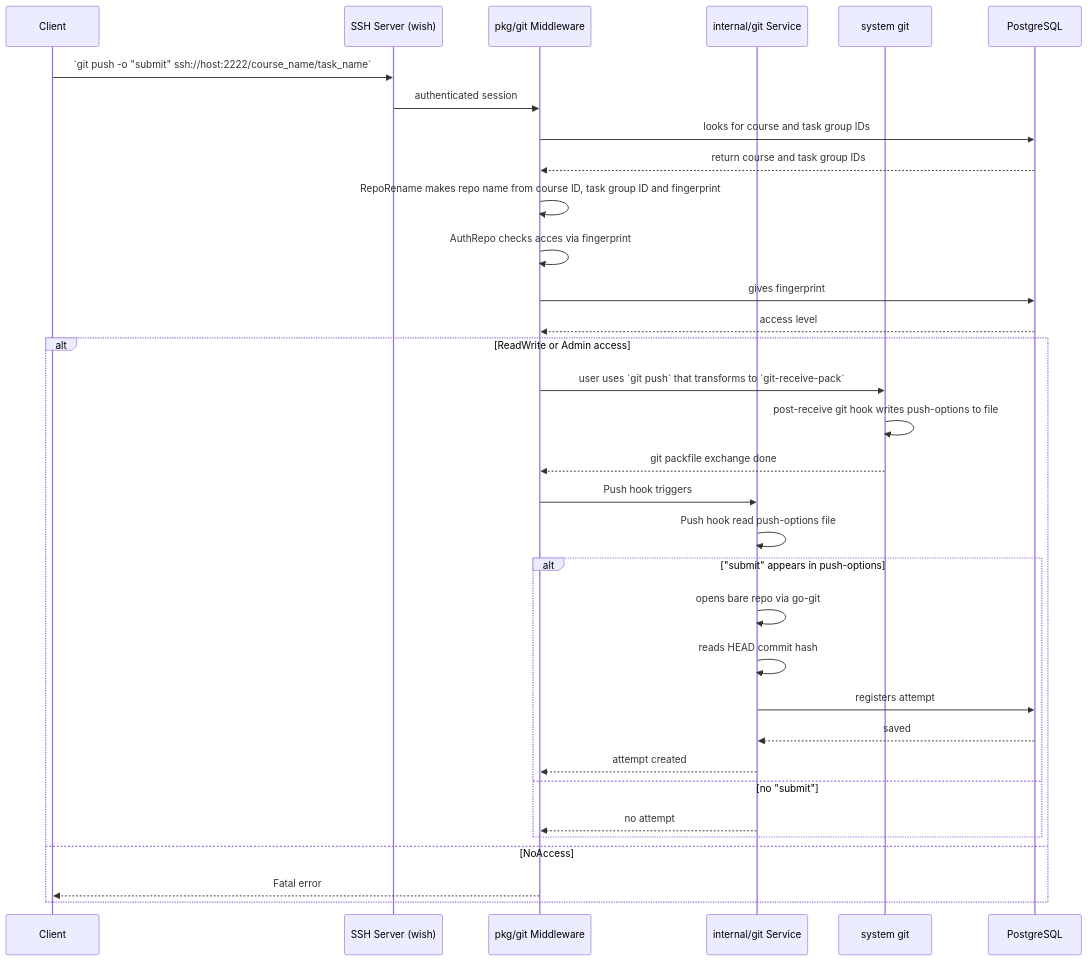
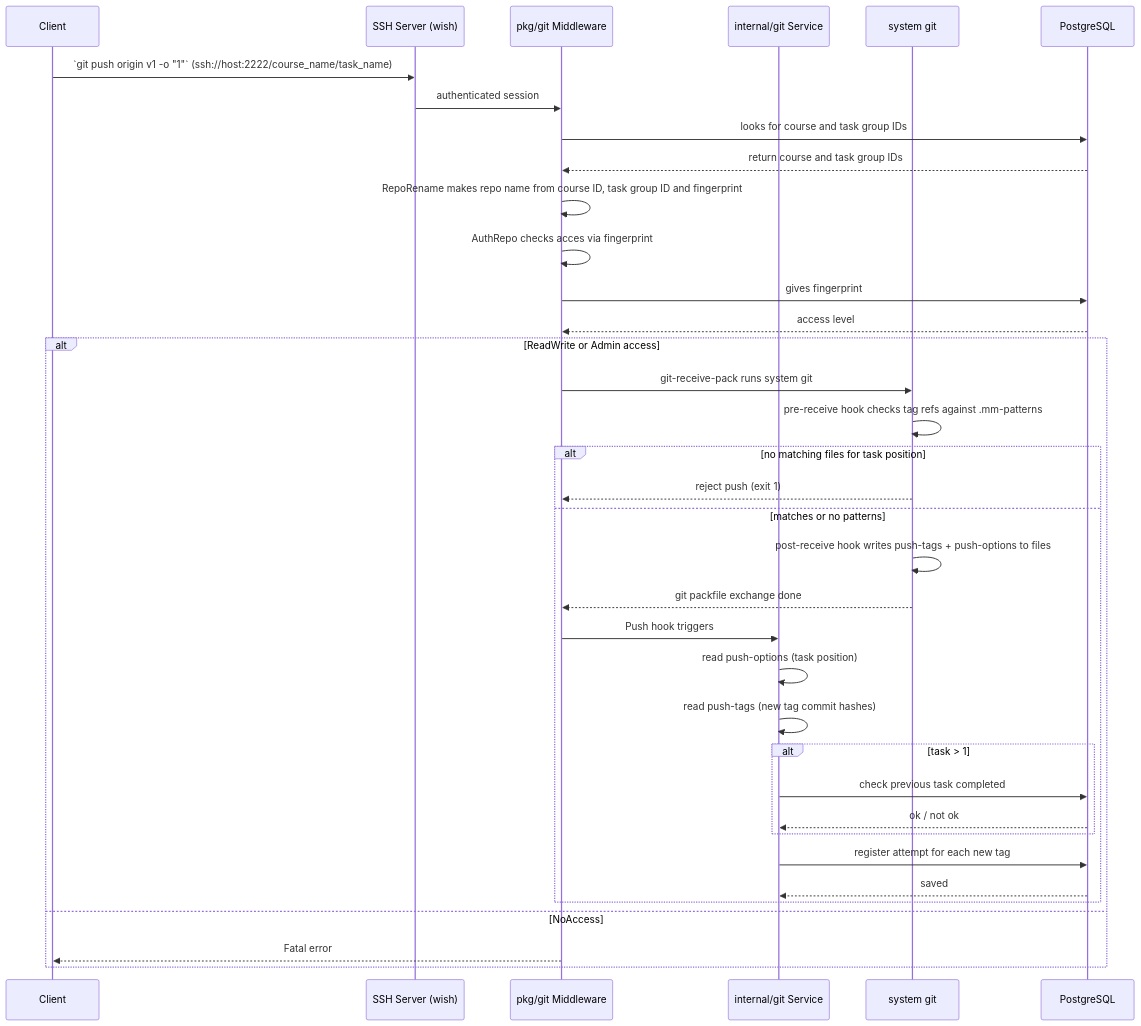
The first of 2 diagrams in internal/git/README.md (dsc-sgu/mm-backend), drawn with Mermaid before and after one commit. The commit also changed other lines of this file and 3 other files, not shown here.

````diff
--- a/internal/git/README.md
+++ b/internal/git/README.md
@@ -9,36 +9,39 @@
 ```mermaid
 sequenceDiagram
     participant C as Client
     participant SSH as SSH Server (wish)
     participant MW as pkg/git Middleware
     participant Svc as internal/git Service
     participant Git as system git
     participant DB as PostgreSQL
 
-    C->>SSH: `git push -o "submit" ssh://host:2222/course_name/task_name`
+    C->>SSH: `git push origin v1 -o "1"` (ssh://host:2222/course_name/task_name)
     SSH->>MW: authenticated session
     MW->>DB: looks for course and task group IDs
     DB-->>MW: return course and task group IDs
     MW->>MW: RepoRename makes repo name from course ID, task group ID and fingerprint
     MW->>MW: AuthRepo checks acces via fingerprint
     MW->>DB: gives fingerprint     
     DB-->>MW: access level
     alt ReadWrite or Admin access
-        MW->>Git: user uses `git push` that transforms to `git-receive-pack`    
-        Git->>Git: post-receive git hook writes push-options to file
-        Git-->>MW: git packfile exchange done
-        MW->>Svc: Push hook triggers
-        Svc->>Svc: Push hook read push-options file
-        alt "submit" appears in push-options
-            Svc->>Svc: opens bare repo via go-git
-            Svc->>Svc: reads HEAD commit hash
-            Svc->>DB: registers attempt
+        MW->>Git: git-receive-pack runs system git
+        Git->>Git: pre-receive hook checks tag refs against .mm-patterns
+        alt no matching files for task position
+            Git-->>MW: reject push (exit 1)
+        else matches or no patterns
+            Git->>Git: post-receive hook writes push-tags + push-options to files
+            Git-->>MW: git packfile exchange done
+            MW->>Svc: Push hook triggers
+            Svc->>Svc: read push-options (task position)
+            Svc->>Svc: read push-tags (new tag commit hashes)
+            alt task > 1
+                Svc->>DB: check previous task completed
+                DB-->>Svc: ok / not ok
+            end
+            Svc->>DB: register attempt for each new tag
             DB-->>Svc: saved
-            Svc-->>MW: attempt created
-        else no "submit"
-            Svc-->>MW: no attempt
         end
     else NoAccess
         MW-->>C: Fatal error
     end
 ```
````
